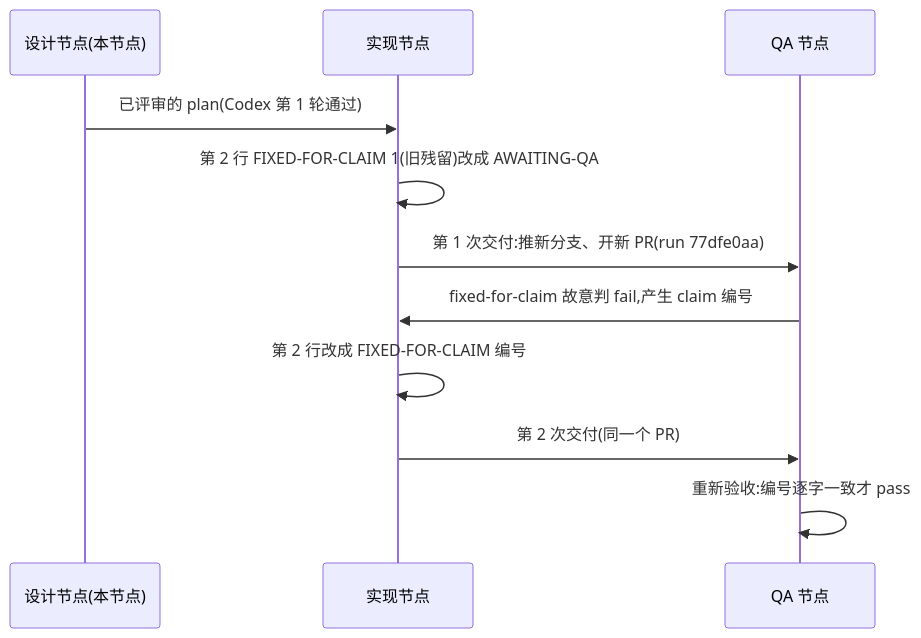
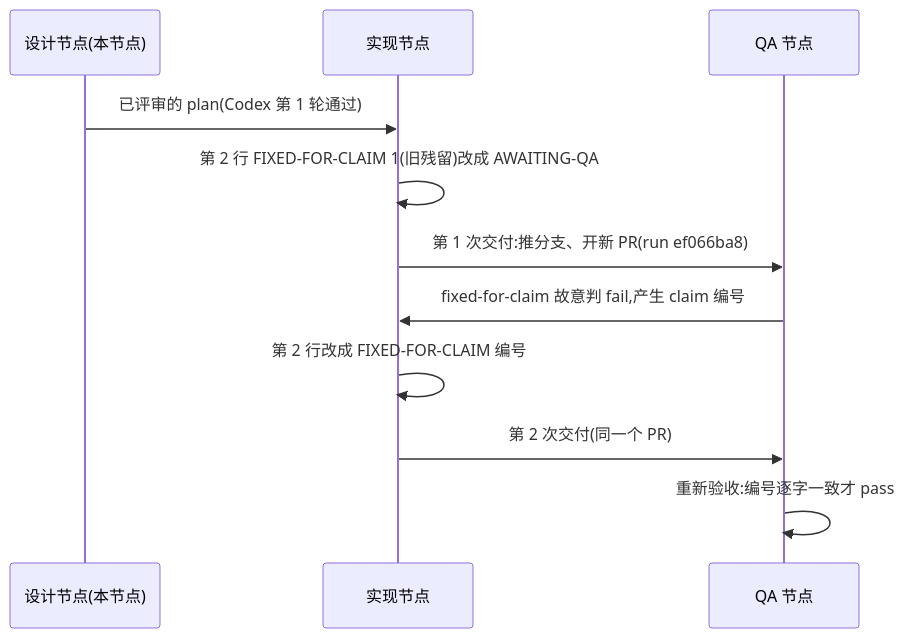
One commit to xrliAnnie/flywheel-qa-sandbox changed the diagram in engineering/doc/FLY-3226-real-runner-drill/d1-core-flow.mmd. Above: the diagram before and after it, drawn with Mermaid. The commit also changed 3 other files, not shown here.

```diff
--- a/engineering/doc/FLY-3226-real-runner-drill/d1-core-flow.mmd
+++ b/engineering/doc/FLY-3226-real-runner-drill/d1-core-flow.mmd
@@ -1,11 +1,11 @@
 sequenceDiagram
     participant D as 设计节点(本节点)
     participant I as 实现节点
     participant Q as QA 节点
     D->>I: 已评审的 plan(Codex 第 1 轮通过)
     I->>I: 第 2 行 FIXED-FOR-CLAIM 1(旧残留)改成 AWAITING-QA
-    I->>Q: 第 1 次交付:推新分支、开新 PR(run 77dfe0aa)
+    I->>Q: 第 1 次交付:推分支、开新 PR(run ef066ba8)
     Q->>I: fixed-for-claim 故意判 fail,产生 claim 编号
     I->>I: 第 2 行改成 FIXED-FOR-CLAIM 编号
     I->>Q: 第 2 次交付(同一个 PR)
     Q->>Q: 重新验收:编号逐字一致才 pass
```
